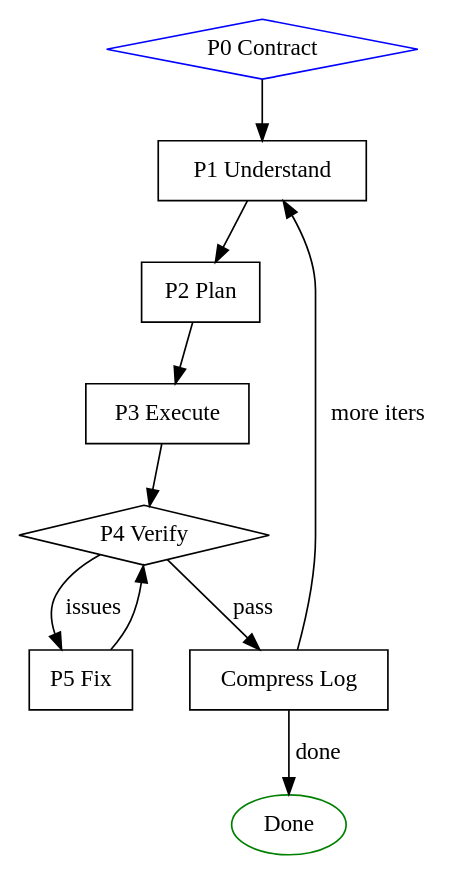
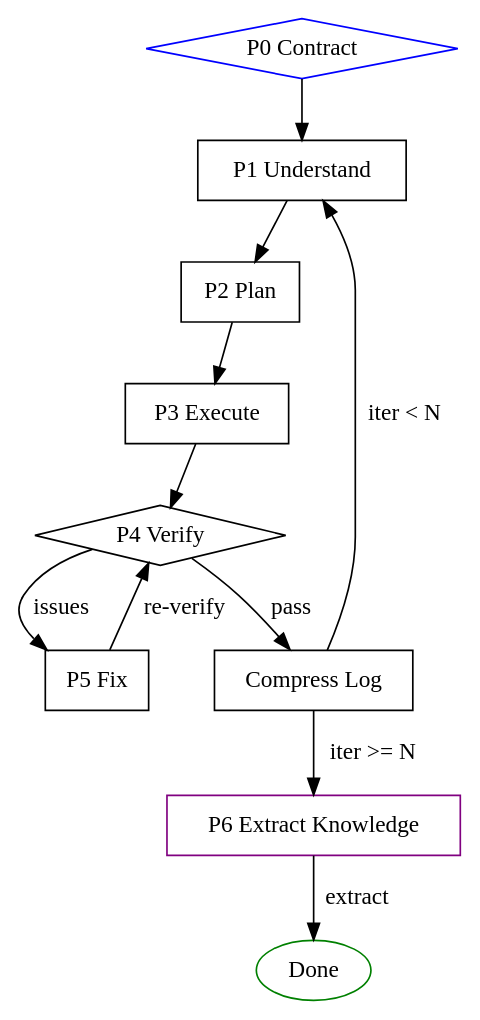
One commit to APX103/e-skills changed the diagram in skills/build/SKILL.md. Above: the diagram before and after it, drawn with Graphviz. The commit also changed other lines of this file and 7 other files, not shown here.

````diff
--- a/skills/build/SKILL.md
+++ b/skills/build/SKILL.md
@@ -36,11 +49,16 @@
 ```dot
 digraph { rankdir=TB; node[shape=box];
   P0[shape=diamond label="P0 Contract" color=blue];
   P1[label="P1 Understand"]; P2[label="P2 Plan"];
   P3[label="P3 Execute"]; P4[shape=diamond label="P4 Verify"];
   P5[label="P5 Fix"]; CL[label="Compress Log"];
+  P6[label="P6 Extract Knowledge" color=purple];
   Done[shape=oval label="Done" color=green];
-  P0->P1->P2->P3->P4; P4->P5[label="issues"]; P5->P4;
-  P4->CL[label="pass"]; CL->P1[label="more iters"]; CL->Done[label="done"];
+  P0->P1->P2->P3->P4;
+  P4->P5[label="issues"]; P5->P4[label="re-verify"];
+  P4->CL[label="pass"];
+  CL->P1[label="iter < N"];
+  CL->P6[label="iter >= N"];
+  P6->Done[label="extract"];
 }
 ```
````
